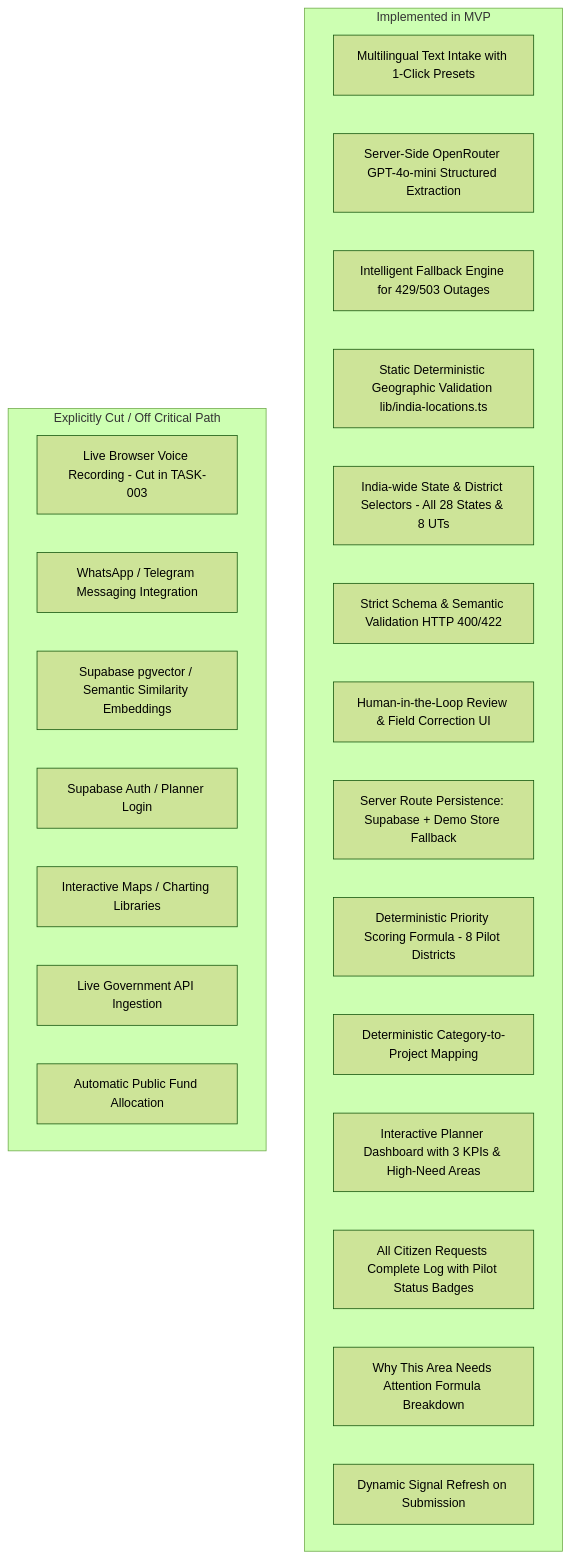
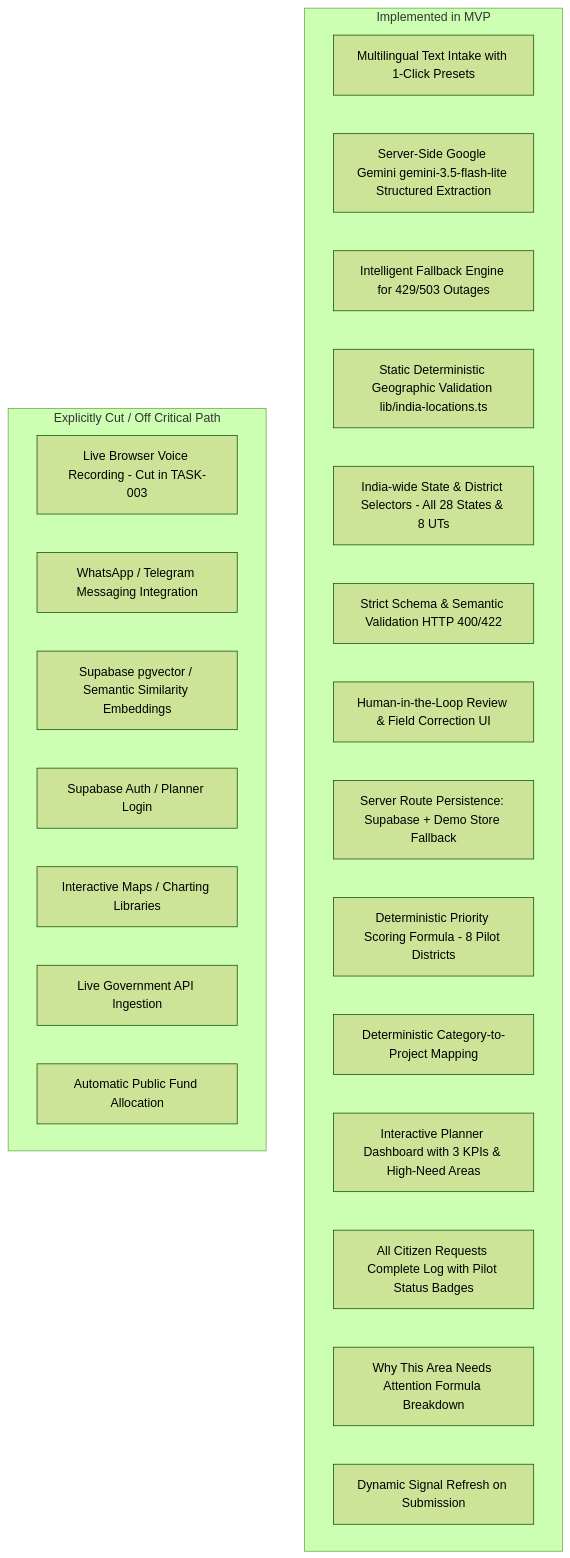
One commit to preethamsolanki28/jansanket changed the diagram in docs/01_prd.md. Above: the diagram before and after it, drawn with Mermaid (forest theme). The commit also changed other lines of this file and 13 other files, not shown here.

Commit message:
feat(TASK-067): Shifted from OpenRouter to Google Gemini integration (gemini-3.5-flash-lite)

````diff
--- a/docs/01_prd.md
+++ b/docs/01_prd.md
@@ -59,29 +59,29 @@
 ```mermaid
 flowchart TD
     subgraph Implemented ["Implemented in MVP"]
         F1[Multilingual Text Intake with 1-Click Presets]
-        F2[Server-Side OpenRouter GPT-4o-mini Structured Extraction]
+        F2[Server-Side Google Gemini gemini-3.5-flash-lite Structured Extraction]
         F3[Intelligent Fallback Engine for 429/503 Outages]
         F4[Static Deterministic Geographic Validation lib/india-locations.ts]
         F5[India-wide State & District Selectors - All 28 States & 8 UTs]
         F6[Strict Schema & Semantic Validation HTTP 400/422]
         F7[Human-in-the-Loop Review & Field Correction UI]
         F8[Server Route Persistence: Supabase + Demo Store Fallback]
         F9[Deterministic Priority Scoring Formula - 8 Pilot Districts]
         F10[Deterministic Category-to-Project Mapping]
         F11[Interactive Planner Dashboard with 3 KPIs & High-Need Areas]
         F12[All Citizen Requests Complete Log with Pilot Status Badges]
         F13[Why This Area Needs Attention Formula Breakdown]
         F14[Dynamic Signal Refresh on Submission]
     end
 
     subgraph Excluded ["Explicitly Cut / Off Critical Path"]
         E1[Live Browser Voice Recording - Cut in TASK-003]
         E2[WhatsApp / Telegram Messaging Integration]
         E3[Supabase pgvector / Semantic Similarity Embeddings]
         E4[Supabase Auth / Planner Login]
         E5[Interactive Maps / Charting Libraries]
         E6[Live Government API Ingestion]
         E7[Automatic Public Fund Allocation]
     end
 ```
````
